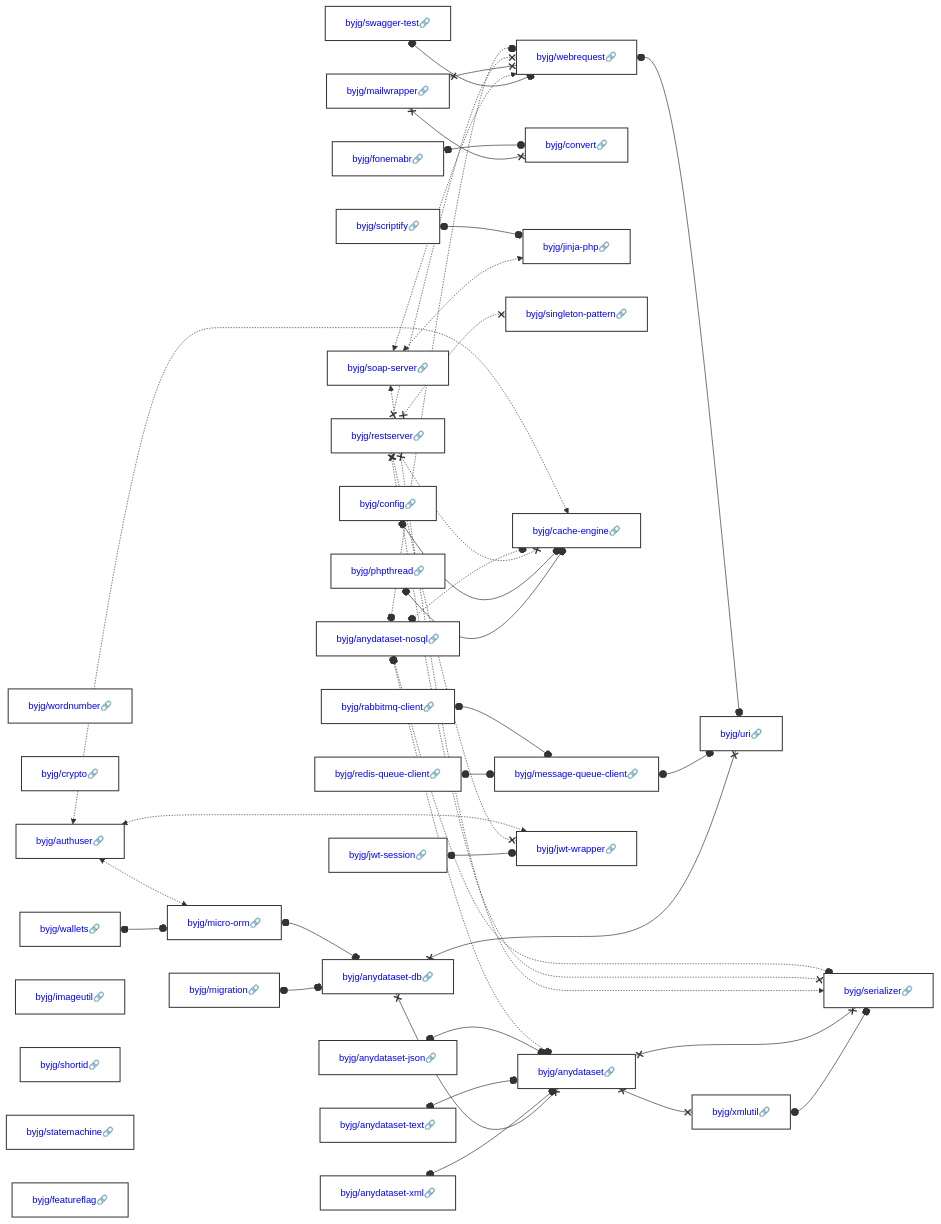
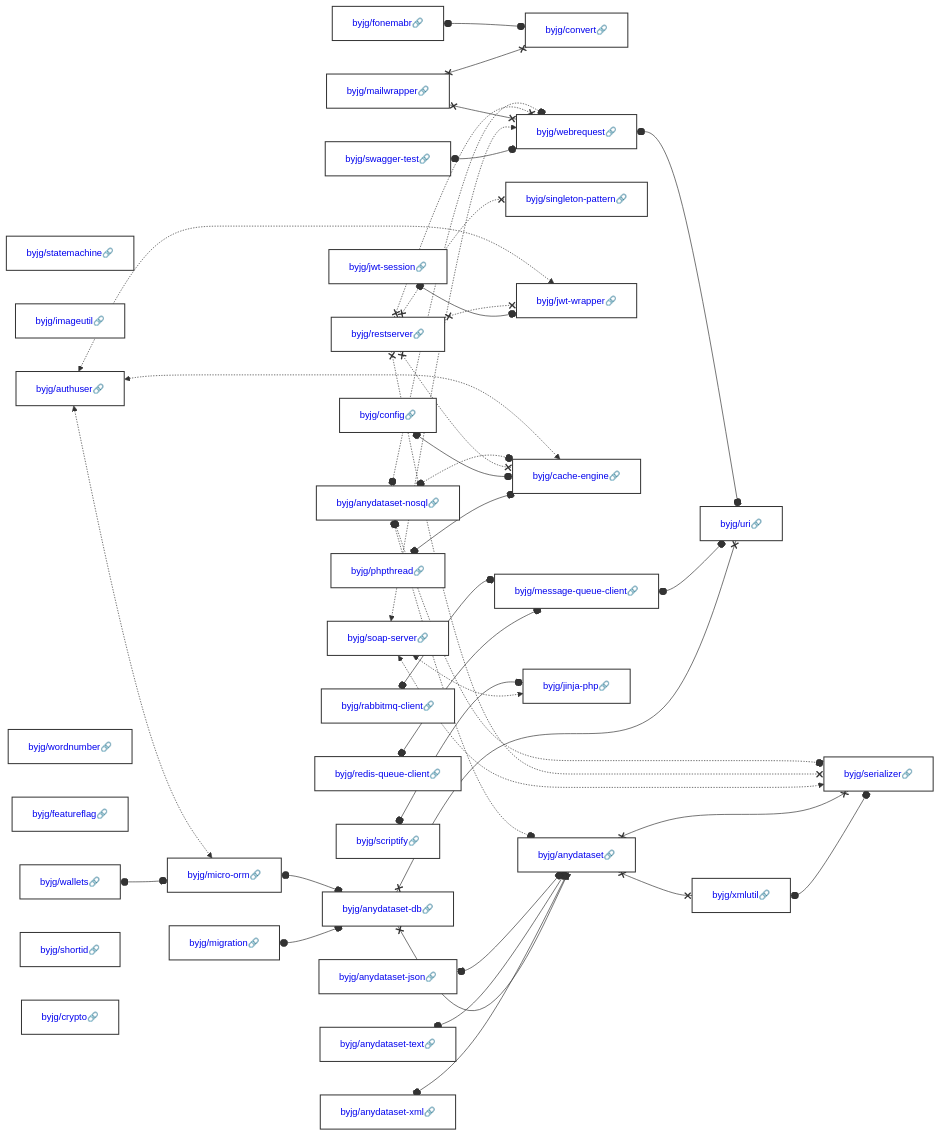
The diagram in docs/php/README.md (byjg/byjg.github.io), drawn with Mermaid before and after one commit. The commit also changed other lines of this file, not shown here.

Commit message:
Update documentation 'php' 'php-anydataset-db'

````diff
--- a/docs/php/README.md
+++ b/docs/php/README.md
@@ -3,37 +3,37 @@
 ```mermaid
 graph LR;
+  byjg/mailwrapper[<a href='https://opensource.byjg.com/docs/php/mailwrapper' style='text-decoration:none'>byjg/mailwrapper🔗</a>];
+  byjg/statemachine[<a href='https://opensource.byjg.com/docs/php/statemachine' style='text-decoration:none'>byjg/statemachine🔗</a>];
+  byjg/config[<a href='https://opensource.byjg.com/docs/php/config' style='text-decoration:none'>byjg/config🔗</a>];
+  byjg/imageutil[<a href='https://opensource.byjg.com/docs/php/imageutil' style='text-decoration:none'>byjg/imageutil🔗</a>];
+  byjg/fonemabr[<a href='https://opensource.byjg.com/docs/php/fonemabr' style='text-decoration:none'>byjg/fonemabr🔗</a>];
+  byjg/authuser[<a href='https://opensource.byjg.com/docs/php/authuser' style='text-decoration:none'>byjg/authuser🔗</a>];
+  byjg/swagger-test[<a href='https://opensource.byjg.com/docs/php/swagger-test' style='text-decoration:none'>byjg/swagger-test🔗</a>];
+  byjg/jwt-session[<a href='https://opensource.byjg.com/docs/php/jwt-session' style='text-decoration:none'>byjg/jwt-session🔗</a>];
+  byjg/anydataset-json[<a href='https://opensource.byjg.com/docs/php/anydataset-json' style='text-decoration:none'>byjg/anydataset-json🔗</a>];
   byjg/wordnumber[<a href='https://opensource.byjg.com/docs/php/wordnumber' style='text-decoration:none'>byjg/wordnumber🔗</a>];
-  byjg/anydataset-json[<a href='https://opensource.byjg.com/docs/php/anydataset-json' style='text-decoration:none'>byjg/anydataset-json🔗</a>];
+  byjg/anydataset-nosql[<a href='https://opensource.byjg.com/docs/php/anydataset-nosql' style='text-decoration:none'>byjg/anydataset-nosql🔗</a>];
+  byjg/redis-queue-client[<a href='https://opensource.byjg.com/docs/php/redis-queue-client' style='text-decoration:none'>byjg/redis-queue-client🔗</a>];
+  byjg/rabbitmq-client[<a href='https://opensource.byjg.com/docs/php/rabbitmq-client' style='text-decoration:none'>byjg/rabbitmq-client🔗</a>];
+  byjg/restserver[<a href='https://opensource.byjg.com/docs/php/restserver' style='text-decoration:none'>byjg/restserver🔗</a>];
+  byjg/phpthread[<a href='https://opensource.byjg.com/docs/php/phpthread' style='text-decoration:none'>byjg/phpthread🔗</a>];
+  byjg/featureflag[<a href='https://opensource.byjg.com/docs/php/featureflag' style='text-decoration:none'>byjg/featureflag🔗</a>];
+  byjg/anydataset-text[<a href='https://opensource.byjg.com/docs/php/anydataset-text' style='text-decoration:none'>byjg/anydataset-text🔗</a>];
   byjg/anydataset-xml[<a href='https://opensource.byjg.com/docs/php/anydataset-xml' style='text-decoration:none'>byjg/anydataset-xml🔗</a>];
+  byjg/wallets[<a href='https://opensource.byjg.com/docs/php/wallets' style='text-decoration:none'>byjg/wallets🔗</a>];
+  byjg/soap-server[<a href='https://opensource.byjg.com/docs/php/soap-server' style='text-decoration:none'>byjg/soap-server🔗</a>];
+  byjg/migration[<a href='https://opensource.byjg.com/docs/php/migration' style='text-decoration:none'>byjg/migration🔗</a>];
   byjg/scriptify[<a href='https://opensource.byjg.com/docs/php/scriptify' style='text-decoration:none'>byjg/scriptify🔗</a>];
+  byjg/shortid[<a href='https://opensource.byjg.com/docs/php/shortid' style='text-decoration:none'>byjg/shortid🔗</a>];
   byjg/crypto[<a href='https://opensource.byjg.com/docs/php/crypto' style='text-decoration:none'>byjg/crypto🔗</a>];
-  byjg/anydataset-nosql[<a href='https://opensource.byjg.com/docs/php/anydataset-nosql' style='text-decoration:none'>byjg/anydataset-nosql🔗</a>];
-  byjg/phpthread[<a href='https://opensource.byjg.com/docs/php/phpthread' style='text-decoration:none'>byjg/phpthread🔗</a>];
-  byjg/wallets[<a href='https://opensource.byjg.com/docs/php/wallets' style='text-decoration:none'>byjg/wallets🔗</a>];
-  byjg/mailwrapper[<a href='https://opensource.byjg.com/docs/php/mailwrapper' style='text-decoration:none'>byjg/mailwrapper🔗</a>];
-  byjg/redis-queue-client[<a href='https://opensource.byjg.com/docs/php/redis-queue-client' style='text-decoration:none'>byjg/redis-queue-client🔗</a>];
-  byjg/authuser[<a href='https://opensource.byjg.com/docs/php/authuser' style='text-decoration:none'>byjg/authuser🔗</a>];
-  byjg/rabbitmq-client[<a href='https://opensource.byjg.com/docs/php/rabbitmq-client' style='text-decoration:none'>byjg/rabbitmq-client🔗</a>];
-  byjg/anydataset-text[<a href='https://opensource.byjg.com/docs/php/anydataset-text' style='text-decoration:none'>byjg/anydataset-text🔗</a>];
-  byjg/jwt-session[<a href='https://opensource.byjg.com/docs/php/jwt-session' style='text-decoration:none'>byjg/jwt-session🔗</a>];
-  byjg/swagger-test[<a href='https://opensource.byjg.com/docs/php/swagger-test' style='text-decoration:none'>byjg/swagger-test🔗</a>];
-  byjg/config[<a href='https://opensource.byjg.com/docs/php/config' style='text-decoration:none'>byjg/config🔗</a>];
-  byjg/migration[<a href='https://opensource.byjg.com/docs/php/migration' style='text-decoration:none'>byjg/migration🔗</a>];
-  byjg/fonemabr[<a href='https://opensource.byjg.com/docs/php/fonemabr' style='text-decoration:none'>byjg/fonemabr🔗</a>];
-  byjg/soap-server[<a href='https://opensource.byjg.com/docs/php/soap-server' style='text-decoration:none'>byjg/soap-server🔗</a>];
-  byjg/restserver[<a href='https://opensource.byjg.com/docs/php/restserver' style='text-decoration:none'>byjg/restserver🔗</a>];
-  byjg/imageutil[<a href='https://opensource.byjg.com/docs/php/imageutil' style='text-decoration:none'>byjg/imageutil🔗</a>];
-  byjg/shortid[<a href='https://opensource.byjg.com/docs/php/shortid' style='text-decoration:none'>byjg/shortid🔗</a>];
-  byjg/statemachine[<a href='https://opensource.byjg.com/docs/php/statemachine' style='text-decoration:none'>byjg/statemachine🔗</a>];
-  byjg/featureflag[<a href='https://opensource.byjg.com/docs/php/featureflag' style='text-decoration:none'>byjg/featureflag🔗</a>];
+  byjg/convert[<a href='https://opensource.byjg.com/docs/php/convert' style='text-decoration:none'>byjg/convert🔗</a>];
+  byjg/message-queue-client[<a href='https://opensource.byjg.com/docs/php/message-queue-client' style='text-decoration:none'>byjg/message-queue-client🔗</a>];
+  byjg/singleton-pattern[<a href='https://opensource.byjg.com/docs/php/singleton-pattern' style='text-decoration:none'>byjg/singleton-pattern🔗</a>];
+  byjg/jwt-wrapper[<a href='https://opensource.byjg.com/docs/php/jwt-wrapper' style='text-decoration:none'>byjg/jwt-wrapper🔗</a>];
+  byjg/cache-engine[<a href='https://opensource.byjg.com/docs/php/cache-engine' style='text-decoration:none'>byjg/cache-engine🔗</a>];
   byjg/micro-orm[<a href='https://opensource.byjg.com/docs/php/micro-orm' style='text-decoration:none'>byjg/micro-orm🔗</a>];
-  byjg/message-queue-client[<a href='https://opensource.byjg.com/docs/php/message-queue-client' style='text-decoration:none'>byjg/message-queue-client🔗</a>];
-  byjg/convert[<a href='https://opensource.byjg.com/docs/php/convert' style='text-decoration:none'>byjg/convert🔗</a>];
+  byjg/webrequest[<a href='https://opensource.byjg.com/docs/php/webrequest' style='text-decoration:none'>byjg/webrequest🔗</a>];
   byjg/jinja-php[<a href='https://opensource.byjg.com/docs/php/jinja-php' style='text-decoration:none'>byjg/jinja-php🔗</a>];
-  byjg/singleton-pattern[<a href='https://opensource.byjg.com/docs/php/singleton-pattern' style='text-decoration:none'>byjg/singleton-pattern🔗</a>];
-  byjg/cache-engine[<a href='https://opensource.byjg.com/docs/php/cache-engine' style='text-decoration:none'>byjg/cache-engine🔗</a>];
-  byjg/webrequest[<a href='https://opensource.byjg.com/docs/php/webrequest' style='text-decoration:none'>byjg/webrequest🔗</a>];
-  byjg/jwt-wrapper[<a href='https://opensource.byjg.com/docs/php/jwt-wrapper' style='text-decoration:none'>byjg/jwt-wrapper🔗</a>];
   byjg/anydataset-db[<a href='https://opensource.byjg.com/docs/php/anydataset-db' style='text-decoration:none'>byjg/anydataset-db🔗</a>];
   byjg/anydataset[<a href='https://opensource.byjg.com/docs/php/anydataset' style='text-decoration:none'>byjg/anydataset🔗</a>];
   byjg/uri[<a href='https://opensource.byjg.com/docs/php/uri' style='text-decoration:none'>byjg/uri🔗</a>];
````
